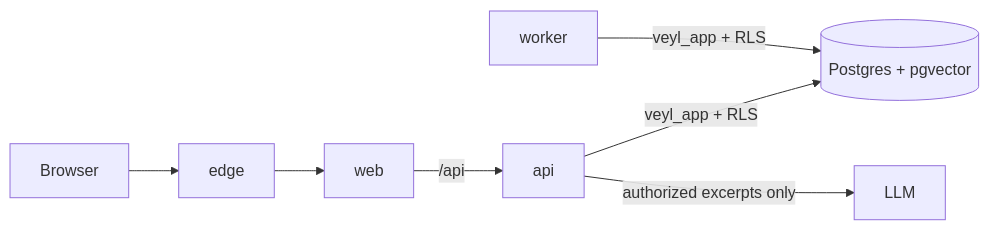
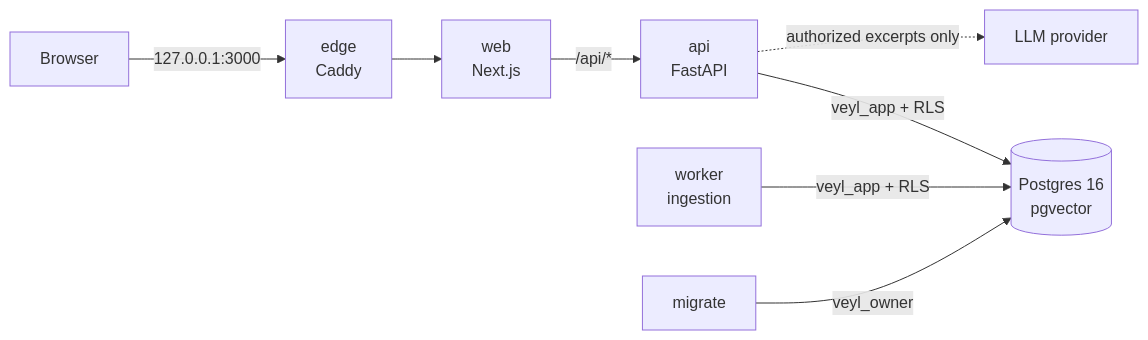
One commit to yatinannam/Veyl changed the first of 3 diagrams in README.md. Above: the diagram before and after it, drawn with Mermaid. The commit also changed other lines of this file and 2 other files, not shown here.

Commit message:
docs: professional README with diagrams, comparison, configuration reference; MIT licence

````diff
--- a/README.md
+++ b/README.md
@@ -86,7 +166,10 @@
 ```mermaid
 flowchart LR
-    B[Browser] --> E[edge] --> W[web] -->|/api| A[api]
-    A -->|veyl_app + RLS| D[(Postgres + pgvector)]
-    K[worker] -->|veyl_app + RLS| D
-    A -->|authorized excerpts only| L[LLM]
+    B[Browser] -->|"127.0.0.1:3000"| E[edge<br/>Caddy]
+    E --> W[web<br/>Next.js]
+    W -->|"/api/*"| A[api<br/>FastAPI]
+    A -->|"veyl_app + RLS"| D[(Postgres 16<br/>pgvector)]
+    K[worker<br/>ingestion] -->|"veyl_app + RLS"| D
+    A -.->|"authorized excerpts only"| L[LLM provider]
+    M[migrate] -->|veyl_owner| D
 ```
````
